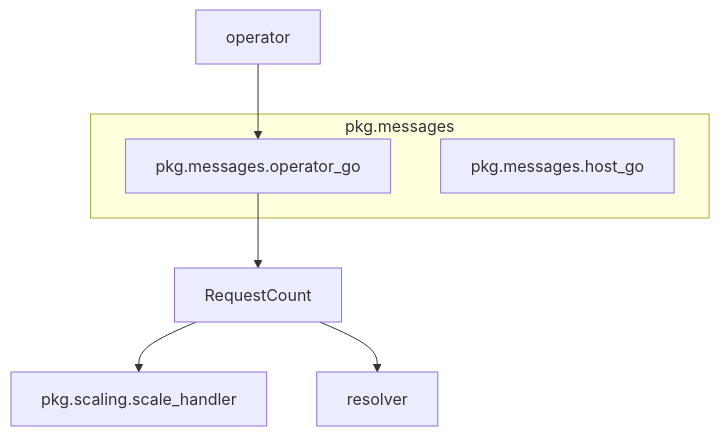
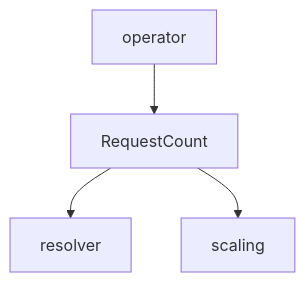
One commit to ShreyasPatel031/CodeWiki changed the diagram in demo/repos/KubeElasti/operator_go.md. Above: the diagram before and after it, drawn with Mermaid. The commit also changed other lines of this file and 55 other files, not shown here.

````diff
--- a/demo/repos/KubeElasti/operator_go.md
+++ b/demo/repos/KubeElasti/operator_go.md
@@ -29,22 +25,15 @@
 ```mermaid
 graph TD
-    subgraph pkg.messages
-        OperatorGo[pkg.messages.operator_go]
-        HostGo[pkg.messages.host_go]
-    end
+    A[RequestCount]
+    B[operator]
+    C[resolver]
+    D[scaling]
 
-    OperatorModule[operator]
-    ScalingModule[pkg.scaling.scale_handler]
-    ResolverModule[resolver]
-    
-    OperatorModule --> OperatorGo
-    OperatorGo --> RequestCountStruct[RequestCount]
-    RequestCountStruct --> ScalingModule
-    RequestCountStruct --> ResolverModule
+    B --> A
+    A --> C
+    A --> D
 
-    click OperatorGo "operator_go.md" "View Operator Go Module"
-    click HostGo "host_go.md" "View Host Go Module"
-    click OperatorModule "operator.md" "View Operator Module"
-    click ScalingModule "scaling_scale_handler.md" "View Scaling Scale Handler Module"
-    click ResolverModule "resolver.md" "View Resolver Module"
+    click B "operator.md" "View Operator Module"
+    click C "resolver.md" "View Resolver Module"
+    click D "scaling.md" "View Scaling Module"
 ```
````
